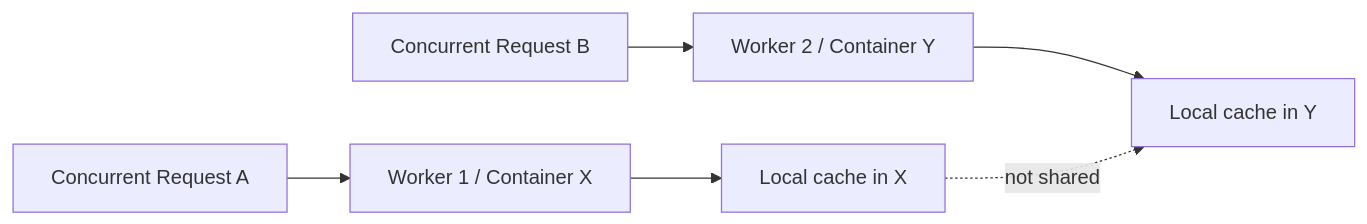
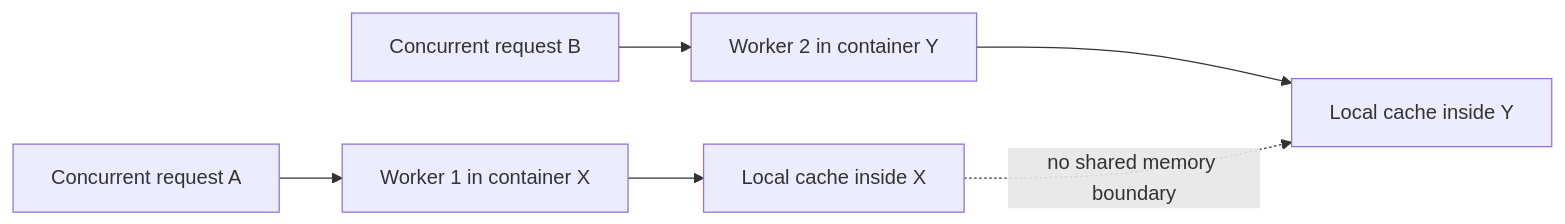
Before and after one commit to mohitagr18/ch10-cloud-agent-patterns: the diagram in workflow/02-concurrent-workers.md, drawn with Mermaid. The commit also changed other lines of this file, not shown here.

Commit message:
Polish workflow captions and Mermaid labels for publisher-friendly chapter figures

````diff
--- a/workflow/02-concurrent-workers.md
+++ b/workflow/02-concurrent-workers.md
@@ -11,8 +11,8 @@
 ```mermaid
 flowchart LR
-    A[Concurrent Request A] --> B[Worker 1 / Container X]
-    C[Concurrent Request B] --> D[Worker 2 / Container Y]
-    B --> E[Local cache in X]
-    D --> F[Local cache in Y]
-    E -.not shared.-> F
+    A[Concurrent request A] --> B[Worker 1 in container X]
+    C[Concurrent request B] --> D[Worker 2 in container Y]
+    B --> E[Local cache inside X]
+    D --> F[Local cache inside Y]
+    E -.no shared memory boundary.-> F
 ```
````
